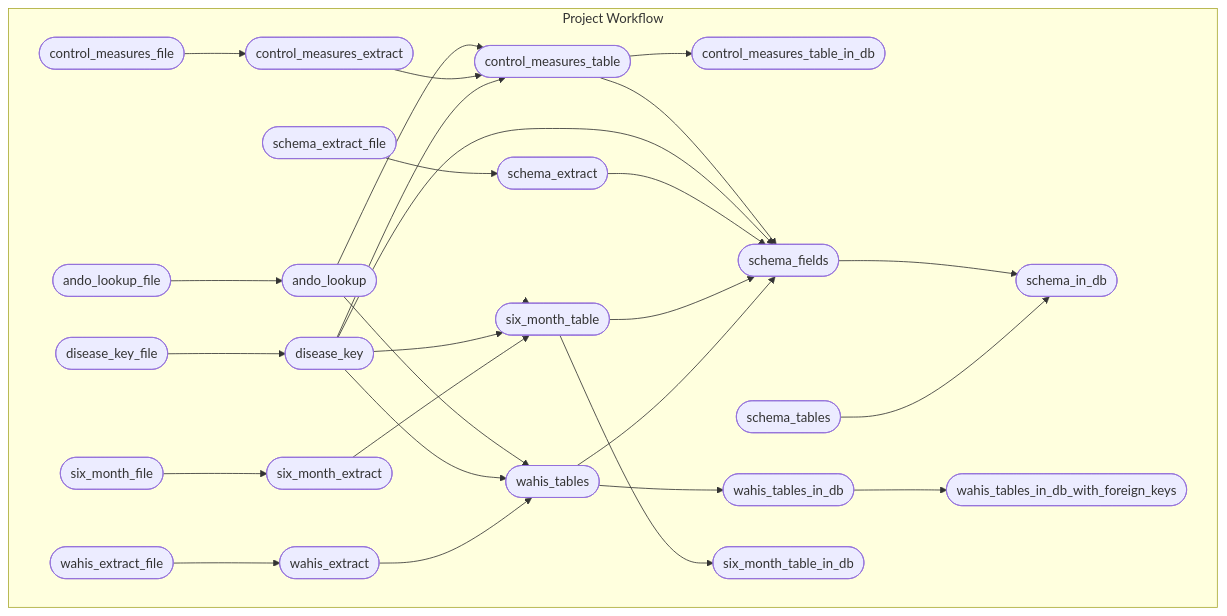
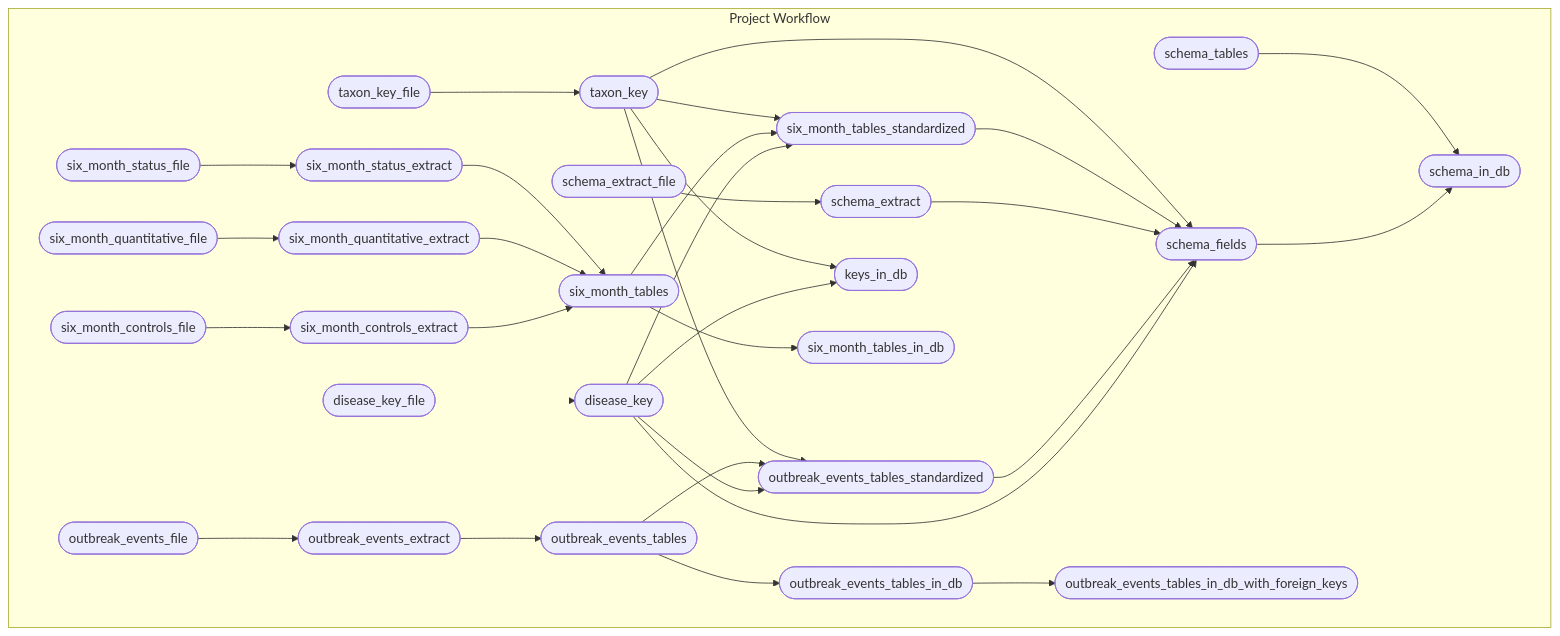
Before and after one commit to ecohealthalliance/wahisdb: the diagram in README.md, drawn with Mermaid. The commit also changed other lines of this file and 11 other files, not shown here.

Commit message:
add in taxon and disease keys and standardize tables

````diff
--- a/README.md
+++ b/README.md
@@ -47,33 +50,36 @@
 ``` mermaid
 graph LR
 subgraph Project Workflow
     direction LR
-    x9f3106cdda58eb5e(["ando_lookup"]):::queued --> xa3c86d4a4ccf7acc(["six_month_table"]):::queued
-    x3fa380dc1bb2ee6e(["disease_key"]):::queued --> xa3c86d4a4ccf7acc(["six_month_table"]):::queued
-    x1e1a7b77c7f535ce(["six_month_extract"]):::queued --> xa3c86d4a4ccf7acc(["six_month_table"]):::queued
-    x91216ef50cf9c7a2(["control_measures_table"]):::queued --> x0342fd6f5a92474b(["control_measures_table_in_db"]):::queued
-    x629c36d2af957bc8(["ando_lookup_file"]):::skipped --> x9f3106cdda58eb5e(["ando_lookup"]):::queued
-    xdb29bbcc08e88d8b(["control_measures_file"]):::skipped --> x08b65fdc2260a2a0(["control_measures_extract"]):::queued
-    x985e8121d5fee0a3(["wahis_tables"]):::queued --> x251c9f94619dd3ca(["wahis_tables_in_db"]):::queued
-    xbddb73c04cc744ca(["disease_key_file"]):::queued --> x3fa380dc1bb2ee6e(["disease_key"]):::queued
-    xb062d399d449ab75(["schema_extract_file"]):::queued --> xb8193a09354c7cc0(["schema_extract"]):::queued
-    x6b3c3493de9c64ab(["six_month_file"]):::queued --> x1e1a7b77c7f535ce(["six_month_extract"]):::queued
-    x6a8e2c18543f0da1(["wahis_extract_file"]):::skipped --> x800e0120ecf6dba0(["wahis_extract"]):::queued
-    x9f3106cdda58eb5e(["ando_lookup"]):::queued --> x91216ef50cf9c7a2(["control_measures_table"]):::queued
-    x08b65fdc2260a2a0(["control_measures_extract"]):::queued --> x91216ef50cf9c7a2(["control_measures_table"]):::queued
-    x3fa380dc1bb2ee6e(["disease_key"]):::queued --> x91216ef50cf9c7a2(["control_measures_table"]):::queued
-    x9f3106cdda58eb5e(["ando_lookup"]):::queued --> x985e8121d5fee0a3(["wahis_tables"]):::queued
-    x3fa380dc1bb2ee6e(["disease_key"]):::queued --> x985e8121d5fee0a3(["wahis_tables"]):::queued
-    x800e0120ecf6dba0(["wahis_extract"]):::queued --> x985e8121d5fee0a3(["wahis_tables"]):::queued
+    xbddb73c04cc744ca(["disease_key_file"]):::skipped --> x3fa380dc1bb2ee6e(["disease_key"]):::queued
+    x3fa380dc1bb2ee6e(["disease_key"]):::queued --> x57ec39d36d300eb7(["six_month_tables_standardized"]):::queued
+    x37b36237069aea80(["six_month_tables"]):::queued --> x57ec39d36d300eb7(["six_month_tables_standardized"]):::queued
+    x8b6a5220bfbdabdf(["taxon_key"]):::queued --> x57ec39d36d300eb7(["six_month_tables_standardized"]):::queued
+    x3fa380dc1bb2ee6e(["disease_key"]):::queued --> x5cbe2bbd0725c754(["schema_fields"]):::queued
+    xdca9076b94036ae3(["outbreak_events_tables_standardized"]):::queued --> x5cbe2bbd0725c754(["schema_fields"]):::queued
+    xb8193a09354c7cc0(["schema_extract"]):::queued --> x5cbe2bbd0725c754(["schema_fields"]):::queued
+    x57ec39d36d300eb7(["six_month_tables_standardized"]):::queued --> x5cbe2bbd0725c754(["schema_fields"]):::queued
+    x8b6a5220bfbdabdf(["taxon_key"]):::queued --> x5cbe2bbd0725c754(["schema_fields"]):::queued
+    x3fa380dc1bb2ee6e(["disease_key"]):::queued --> xa7adee78ecc918bb(["keys_in_db"]):::queued
+    x8b6a5220bfbdabdf(["taxon_key"]):::queued --> xa7adee78ecc918bb(["keys_in_db"]):::queued
+    xa4fa2a66c31d7b33(["six_month_status_file"]):::skipped --> xde280acaaefdc7be(["six_month_status_extract"]):::queued
+    x52f10102fdbda18d(["six_month_controls_file"]):::skipped --> x6740ee55561635cd(["six_month_controls_extract"]):::queued
+    x3fa380dc1bb2ee6e(["disease_key"]):::queued --> xdca9076b94036ae3(["outbreak_events_tables_standardized"]):::queued
+    x32a3bb2ce92d02b0(["outbreak_events_tables"]):::queued --> xdca9076b94036ae3(["outbreak_events_tables_standardized"]):::queued
+    x8b6a5220bfbdabdf(["taxon_key"]):::queued --> xdca9076b94036ae3(["outbreak_events_tables_standardized"]):::queued
+    xb062d399d449ab75(["schema_extract_file"]):::skipped --> xb8193a09354c7cc0(["schema_extract"]):::queued
     x5cbe2bbd0725c754(["schema_fields"]):::queued --> x9c3cd21d02b17883(["schema_in_db"]):::queued
-    xe2a64b31ce9fa139(["schema_tables"]):::queued --> x9c3cd21d02b17883(["schema_in_db"]):::queued
-    x251c9f94619dd3ca(["wahis_tables_in_db"]):::queued --> x1bd336b143fd25fb(["wahis_tables_in_db_with_foreign_keys"]):::queued
-    xa3c86d4a4ccf7acc(["six_month_table"]):::queued --> xd6445f363ad9c5a1(["six_month_table_in_db"]):::queued
-    x91216ef50cf9c7a2(["control_measures_table"]):::queued --> x5cbe2bbd0725c754(["schema_fields"]):::queued
-    x3fa380dc1bb2ee6e(["disease_key"]):::queued --> x5cbe2bbd0725c754(["schema_fields"]):::queued
-    xb8193a09354c7cc0(["schema_extract"]):::queued --> x5cbe2bbd0725c754(["schema_fields"]):::queued
-    xa3c86d4a4ccf7acc(["six_month_table"]):::queued --> x5cbe2bbd0725c754(["schema_fields"]):::queued
-    x985e8121d5fee0a3(["wahis_tables"]):::queued --> x5cbe2bbd0725c754(["schema_fields"]):::queued
+    xe2a64b31ce9fa139(["schema_tables"]):::skipped --> x9c3cd21d02b17883(["schema_in_db"]):::queued
+    x37b36237069aea80(["six_month_tables"]):::queued --> x06f5315659bba48a(["six_month_tables_in_db"]):::queued
+    x32a3bb2ce92d02b0(["outbreak_events_tables"]):::queued --> xe395ec11fce57977(["outbreak_events_tables_in_db"]):::queued
+    xcc7bba8de0af4cfe(["outbreak_events_file"]):::skipped --> xed1d4a32cc4d66ec(["outbreak_events_extract"]):::queued
+    x6740ee55561635cd(["six_month_controls_extract"]):::queued --> x37b36237069aea80(["six_month_tables"]):::queued
+    x52699edfaa6546df(["six_month_quantitative_extract"]):::queued --> x37b36237069aea80(["six_month_tables"]):::queued
+    xde280acaaefdc7be(["six_month_status_extract"]):::queued --> x37b36237069aea80(["six_month_tables"]):::queued
+    xe395ec11fce57977(["outbreak_events_tables_in_db"]):::queued --> x706a5521f33a5641(["outbreak_events_tables_in_db_with_foreign_keys"]):::queued
+    xb3e4b9db3d59cdbc(["taxon_key_file"]):::skipped --> x8b6a5220bfbdabdf(["taxon_key"]):::queued
+    xc235746cd78fdcc9(["six_month_quantitative_file"]):::skipped --> x52699edfaa6546df(["six_month_quantitative_extract"]):::queued
+    xed1d4a32cc4d66ec(["outbreak_events_extract"]):::queued --> x32a3bb2ce92d02b0(["outbreak_events_tables"]):::queued
   end
 linkStyle 0 stroke-width:0px;
 ```
````
